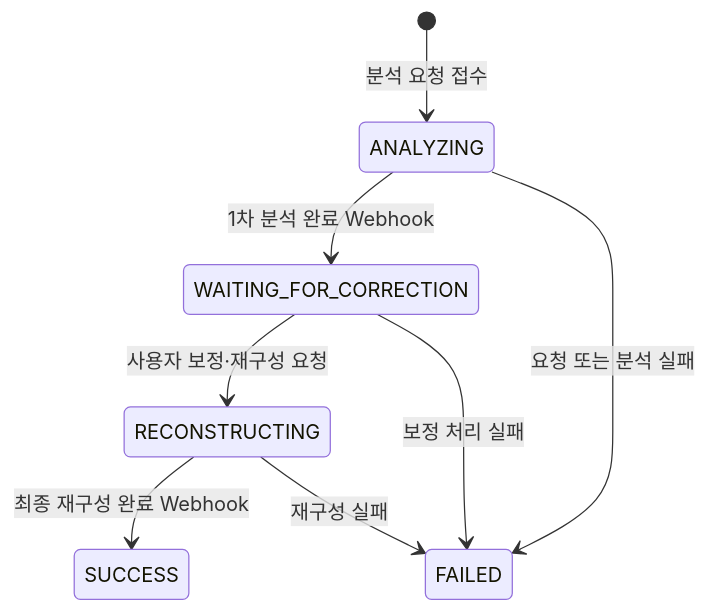
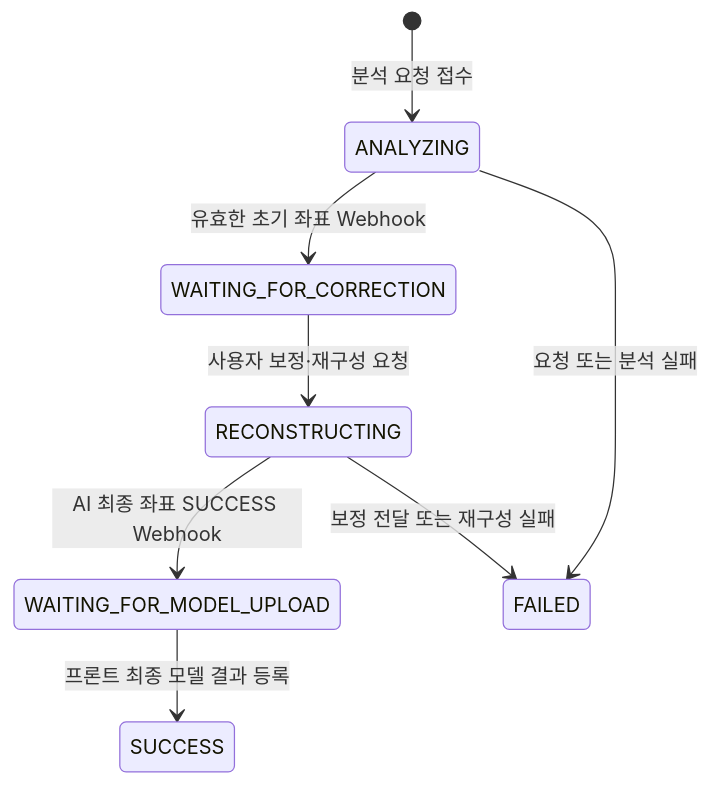
Before and after one commit to wjs4379/3d-reconstruction-backend-portfolio: the third of 3 diagrams in README.md, drawn with Mermaid. The commit also changed other lines of this file and 16 other files, not shown here.

````diff
--- a/README.md
+++ b/README.md
@@ -92,10 +100,10 @@
 ```mermaid
 stateDiagram-v2
     [*] --> ANALYZING: 분석 요청 접수
-    ANALYZING --> WAITING_FOR_CORRECTION: 1차 분석 완료 Webhook
+    ANALYZING --> WAITING_FOR_CORRECTION: 유효한 초기 좌표 Webhook
     WAITING_FOR_CORRECTION --> RECONSTRUCTING: 사용자 보정·재구성 요청
-    RECONSTRUCTING --> SUCCESS: 최종 재구성 완료 Webhook
+    RECONSTRUCTING --> WAITING_FOR_MODEL_UPLOAD: AI 최종 좌표 SUCCESS Webhook
+    WAITING_FOR_MODEL_UPLOAD --> SUCCESS: 프론트 최종 모델 결과 등록
     ANALYZING --> FAILED: 요청 또는 분석 실패
-    WAITING_FOR_CORRECTION --> FAILED: 보정 처리 실패
-    RECONSTRUCTING --> FAILED: 재구성 실패
+    RECONSTRUCTING --> FAILED: 보정 전달 또는 재구성 실패
 ```
````
